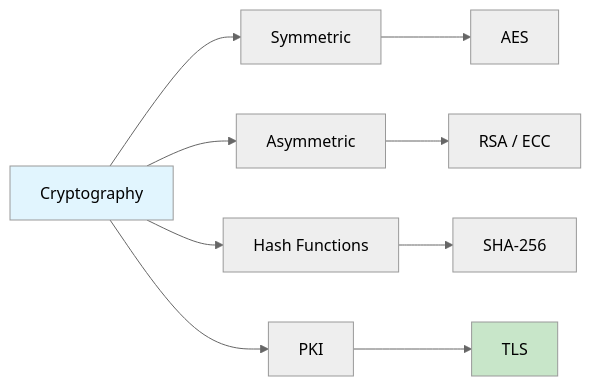
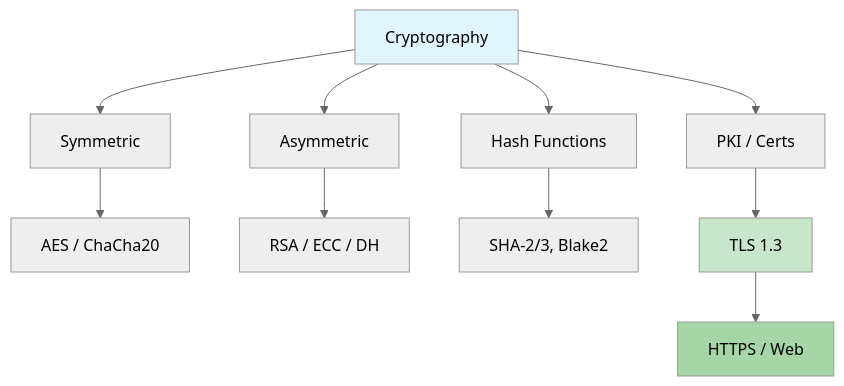
The diagram in docs/courses/cyber-security/02-cryptography.md (Raushan666java/ai-engineering-journey), drawn with Mermaid (neutral theme) before and after one commit. The commit also changed other lines of this file and 11 other files, not shown here.

````diff
--- a/docs/courses/cyber-security/02-cryptography.md
+++ b/docs/courses/cyber-security/02-cryptography.md
@@ -26,13 +36,15 @@
 ```mermaid
-flowchart LR
-    A[Cryptography] --> B[Symmetric]
-    A --> C[Asymmetric]
-    A --> D[Hash Functions]
-    A --> E[PKI]
-    B --> F[AES]
-    C --> G[RSA / ECC]
-    D --> H[SHA-256]
-    E --> I[TLS]
-    style A fill:#e1f5fe
-    style I fill:#c8e6c9
+flowchart TD
+    Crypto[Cryptography] --> Sym[Symmetric]
+    Crypto --> Asym[Asymmetric]
+    Crypto --> Hash[Hash Functions]
+    Crypto --> PKI[PKI / Certs]
+    Sym --> AES[AES / ChaCha20]
+    Asym --> RSA[RSA / ECC / DH]
+    Hash --> SHA[SHA-2/3, Blake2]
+    PKI --> TLS[TLS 1.3]
+    TLS --> HTTPS[HTTPS / Web]
+    style Crypto fill:#e1f5fe
+    style TLS fill:#c8e6c9
+    style HTTPS fill:#a5d6a7
 ```
````
